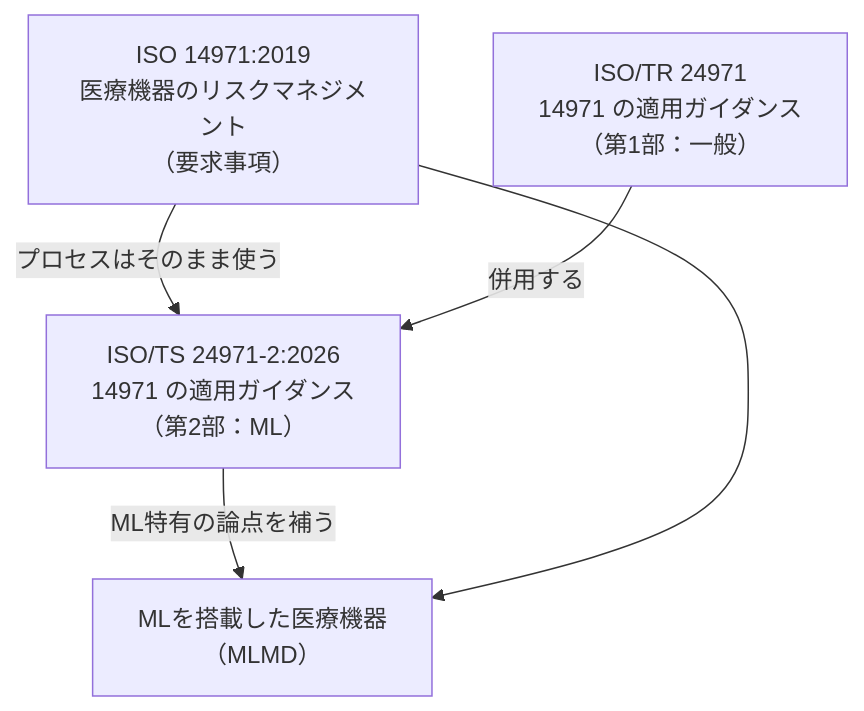
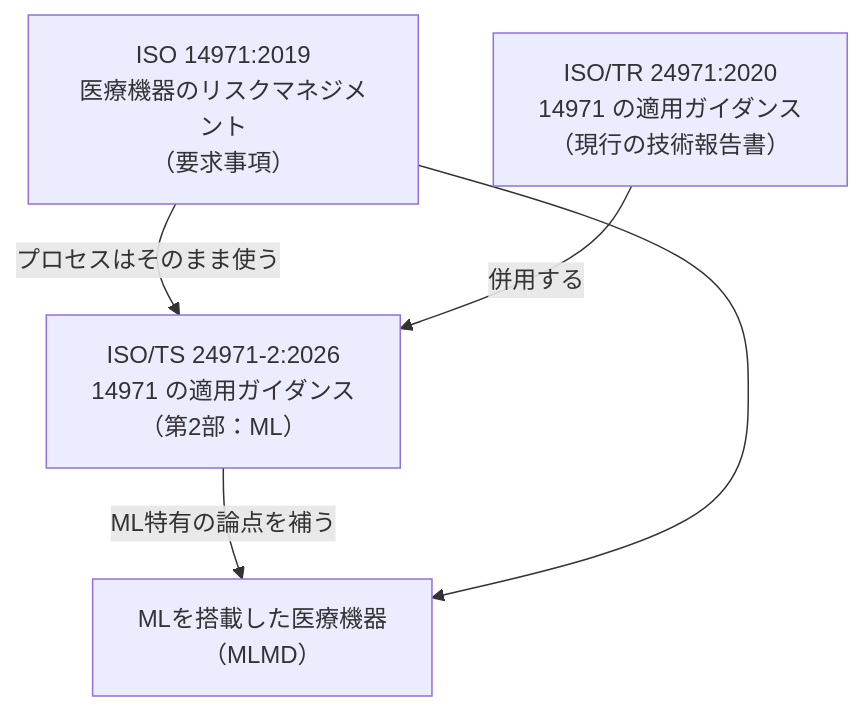
The second of 15 diagrams in Iso-ts-24971-2-2026-beginner-guide.md (myoshi2891/Quality-Assurance-Studies), drawn with Mermaid before and after one commit. The commit also changed other lines of this file, not shown here.

Commit message:
docs(iso-ts-24971-2): 参照資料リンクをセキュアな外部リンク表記に統一

````diff
--- a/Iso-ts-24971-2-2026-beginner-guide.md
+++ b/Iso-ts-24971-2-2026-beginner-guide.md
@@ -106,11 +106,11 @@
 ```mermaid
 flowchart TD
     A["ISO 14971:2019<br/>医療機器のリスクマネジメント<br/>（要求事項）"]
-    B["ISO/TR 24971<br/>14971 の適用ガイダンス<br/>（第1部：一般）"]
+    B["ISO/TR 24971:2020<br/>14971 の適用ガイダンス<br/>（現行の技術報告書）"]
     C["ISO/TS 24971-2:2026<br/>14971 の適用ガイダンス<br/>（第2部：ML）"]
     D["MLを搭載した医療機器<br/>（MLMD）"]
     A -->|"プロセスはそのまま使う"| C
     B -->|"併用する"| C
     C -->|"ML特有の論点を補う"| D
     A --> D
 ```
````
